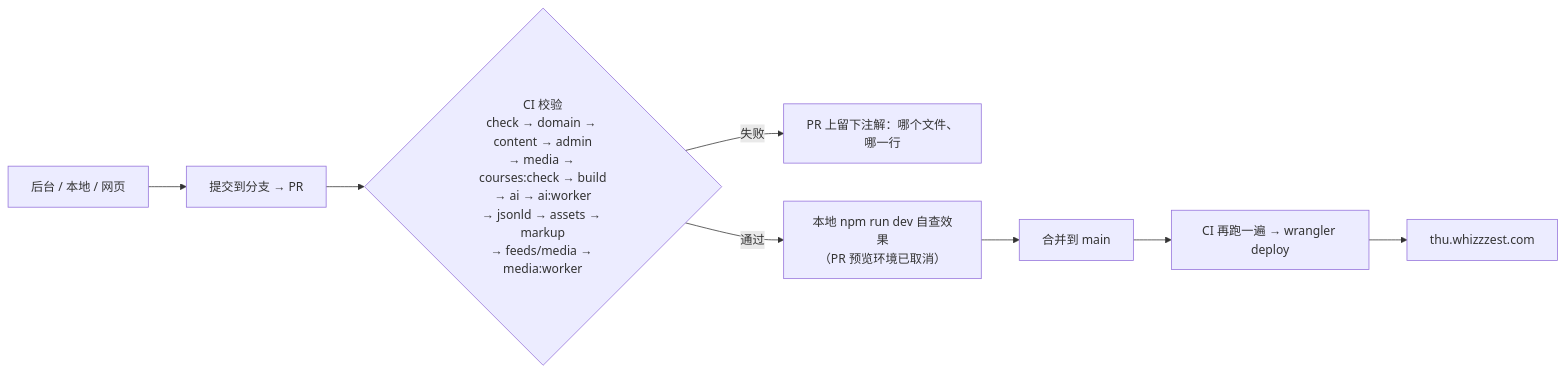
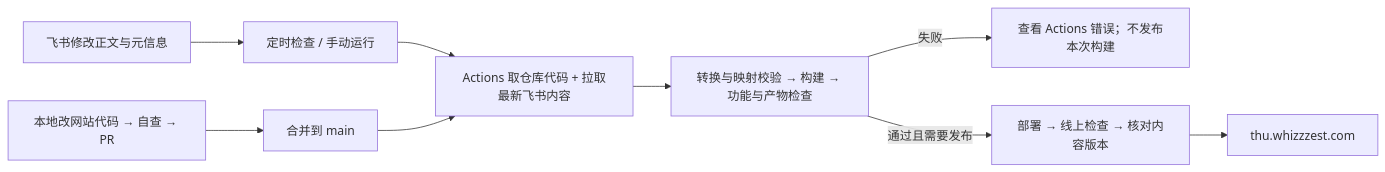
The first of 2 diagrams in README.md (pan-nie/TsinghuaSurvive), drawn with Mermaid before and after one commit. The commit also changed other lines of this file and 12 other files, not shown here.

````diff
--- a/README.md
+++ b/README.md
@@ -148,10 +149,11 @@
 ```mermaid
 flowchart LR
-  A["后台 / 本地 / 网页"] --> B["提交到分支 → PR"]
-  B --> C{"CI 校验<br/>check → domain → content → admin<br/>→ media → courses:check → build<br/>→ ai → ai:worker<br/>→ jsonld → assets → markup<br/>→ feeds/media → media:worker"}
-  C -- "失败" --> D["PR 上留下注解：哪个文件、哪一行"]
-  C -- "通过" --> E["本地 npm run dev 自查效果<br/>（PR 预览环境已取消）"]
-  E --> F["合并到 main"]
-  F --> G["CI 再跑一遍 → wrangler deploy"]
-  G --> H["thu.whizzzest.com"]
+  A["飞书修改正文与元信息"] --> B["定时检查 / 手动运行"]
+  C["本地改网站代码 → 自查 → PR"] --> D["合并到 main"]
+  B --> E["Actions 取仓库代码 + 拉取最新飞书内容"]
+  D --> E
+  E --> F["转换与映射校验 → 构建 → 功能与产物检查"]
+  F -- "失败" --> G["查看 Actions 错误；不发布本次构建"]
+  F -- "通过且需要发布" --> H["部署 → 线上检查 → 核对内容版本"]
+  H --> I["thu.whizzzest.com"]
 ```
````
